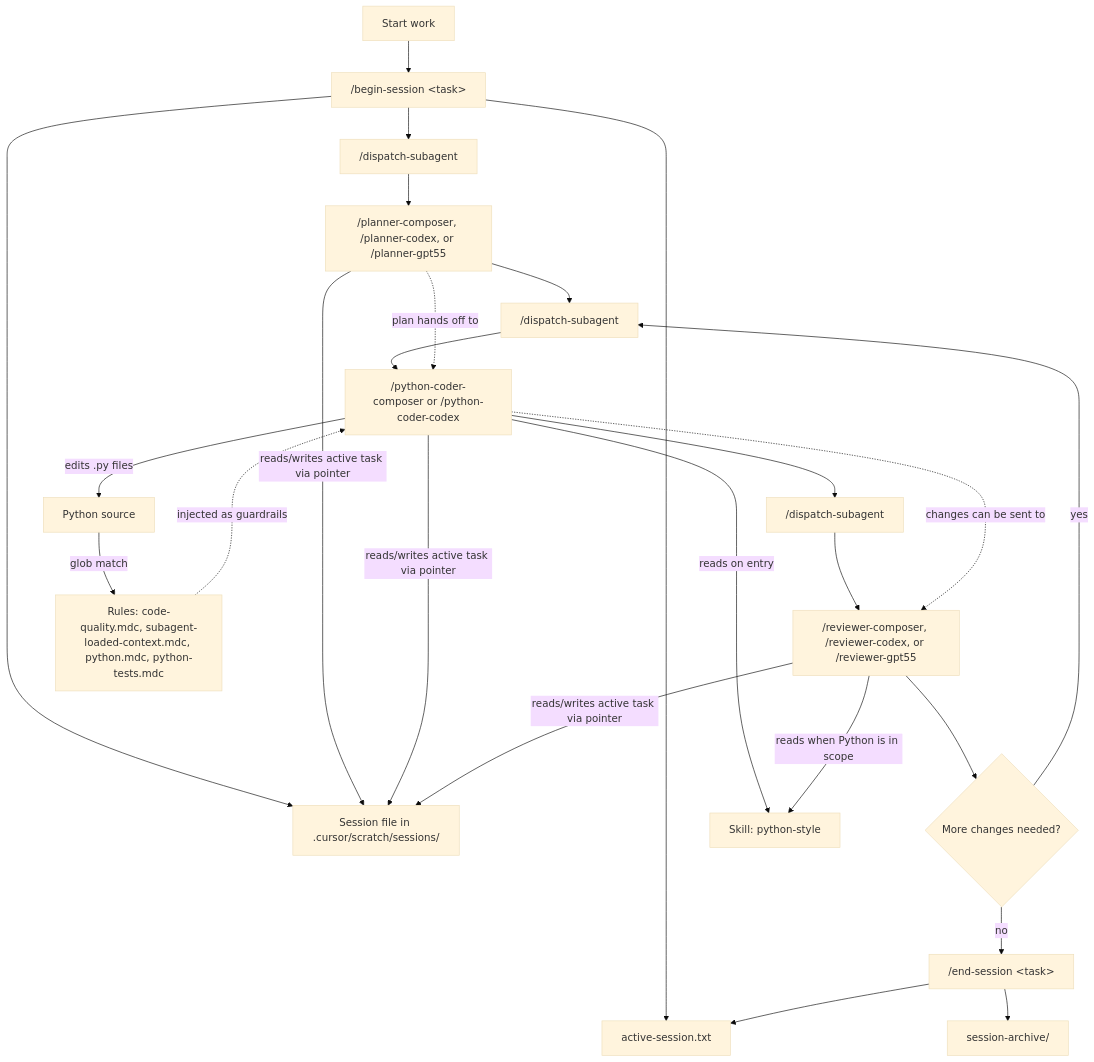
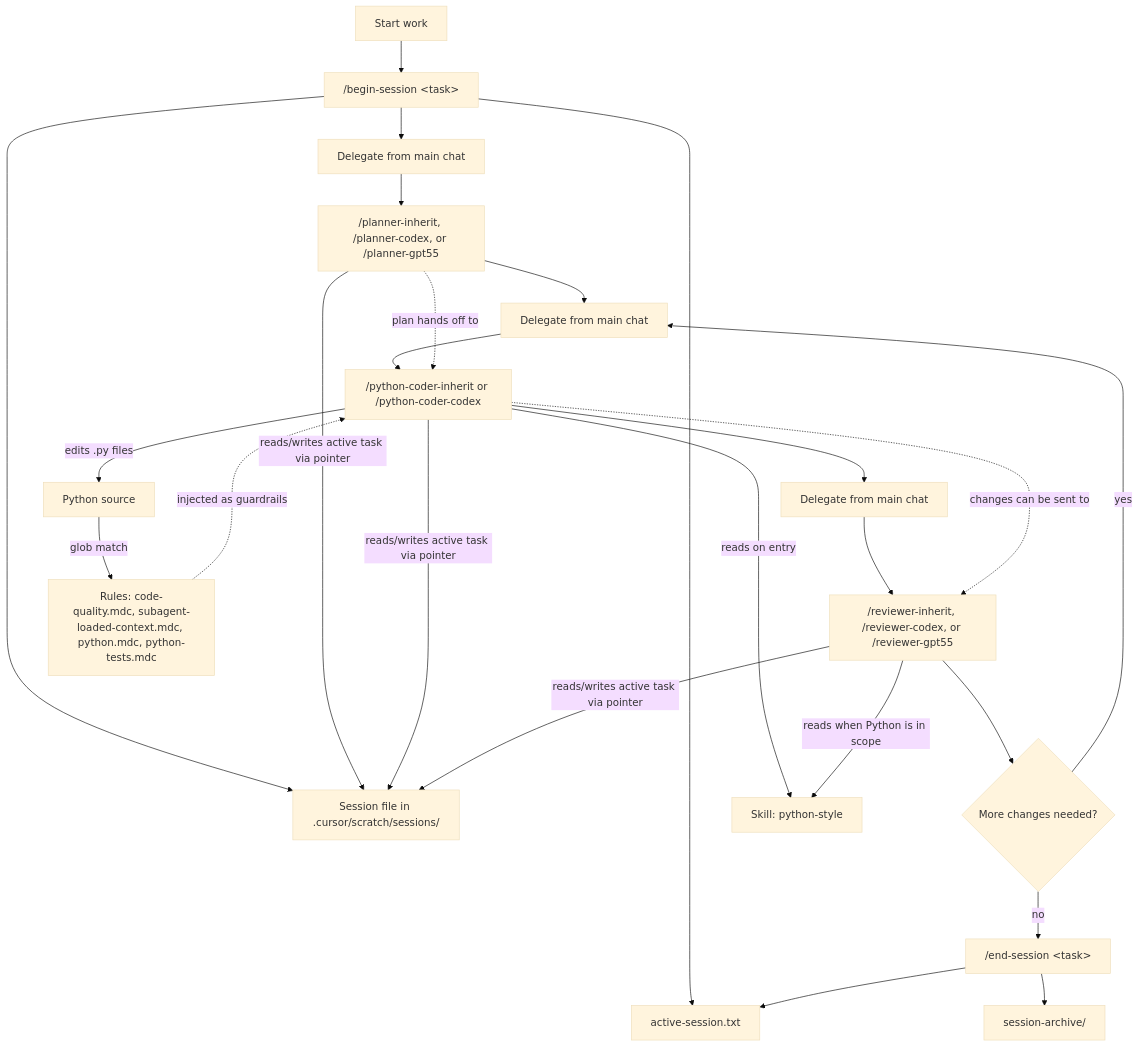
The diagram in README.md (aaroncouch/CouchPilot), drawn with Mermaid (base theme) before and after one commit. The commit also changed other lines of this file and 8 other files, not shown here.

First line of the commit message:
Refine CouchPilot workflow: inherit agents, delegation in begin-session

````diff
--- a/README.md
+++ b/README.md
@@ -250,27 +235,27 @@
 ```mermaid
 flowchart TD
   start["Start work"] --> begin["/begin-session &lt;task&gt;"]
   begin --> pointer["active-session.txt"]
   begin --> session["Session file in .cursor/scratch/sessions/"]
-  begin --> dispatchPlan["/dispatch-subagent"]
-  dispatchPlan --> plan["/planner-composer, /planner-codex, or /planner-gpt55"]
-  plan --> dispatchCode["/dispatch-subagent"]
-  dispatchCode --> code["/python-coder-composer or /python-coder-codex"]
-  code --> dispatchReview["/dispatch-subagent"]
-  dispatchReview --> review["/reviewer-composer, /reviewer-codex, or /reviewer-gpt55"]
+  begin --> delegatePlan["Delegate from main chat"]
+  delegatePlan --> plan["/planner-inherit, /planner-codex, or /planner-gpt55"]
+  plan --> delegateCode["Delegate from main chat"]
+  delegateCode --> code["/python-coder-inherit or /python-coder-codex"]
+  code --> delegateReview["Delegate from main chat"]
+  delegateReview --> review["/reviewer-inherit, /reviewer-codex, or /reviewer-gpt55"]
   review --> iterate{"More changes needed?"}
-  iterate -- yes --> dispatchCode
+  iterate -- yes --> delegateCode
   iterate -- no --> endcmd["/end-session &lt;task&gt;"]
   plan -.->|"plan hands off to"| code
   code -.->|"changes can be sent to"| review
   plan -->|"reads/writes active task via pointer"| session
   code -->|"reads/writes active task via pointer"| session
   review -->|"reads/writes active task via pointer"| session
   code -->|"reads on entry"| skill["Skill: python-style"]
   review -->|"reads when Python is in scope"| skill
   code -->|"edits .py files"| files["Python source"]
   files -->|"glob match"| rules["Rules: code-quality.mdc, subagent-loaded-context.mdc, python.mdc, python-tests.mdc"]
   rules -.->|"injected as guardrails"| code
   endcmd --> archive["session-archive/"]
   endcmd --> pointer
 ```
````
